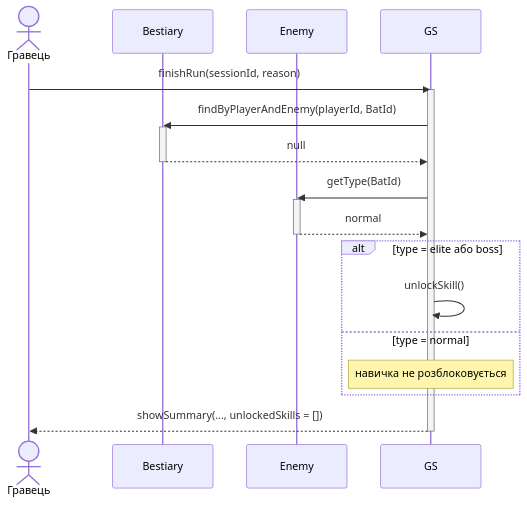
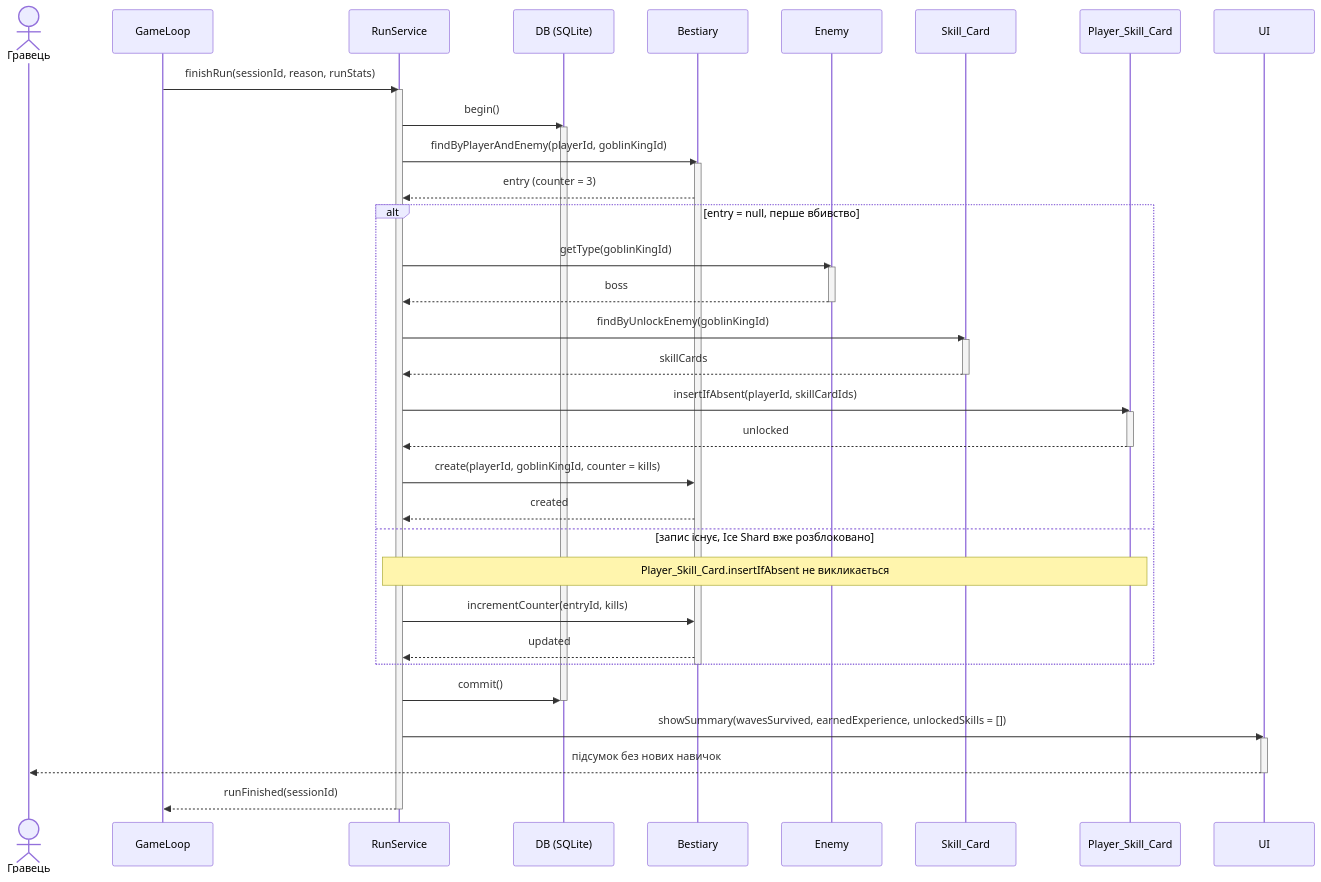
One commit to Sk1y-1/KPI-2 changed the diagram in Lab3/SC/SC-5 repeat boss.md. Above: the diagram before and after it, drawn with Mermaid.

Commit message:
Refactor mermaid diagram for game run logic

````diff
--- a/Lab3/SC/SC-5 repeat boss.md
+++ b/Lab3/SC/SC-5 repeat boss.md
@@ -1,23 +1,48 @@
-``` mermaid 
+```mermaid
 sequenceDiagram
-actor P as Гравець
-participant B as Bestiary
-participant E as Enemy 
- P->>GS: finishRun(sessionId, reason)
-activate GS
-GS->>B: findByPlayerAndEnemy(playerId, BatId)
-activate B
-B-->>GS: null
-deactivate B
-GS->>E: getType(BatId)
- activate E
-    E-->>GS: normal
-    deactivate E
-    alt type = elite або boss
-        GS->>GS: unlockSkill()
-    else type = normal
-        Note over GS: навичка не розблоковується
+    actor P as Гравець
+    participant GL as GameLoop
+    participant RS as RunService
+    participant DB as DB (SQLite)
+    participant B as Bestiary
+    participant E as Enemy
+    participant SC as Skill_Card
+    participant PSC as Player_Skill_Card
+    participant UI as UI
+    GL->>RS: finishRun(sessionId, reason, runStats)
+    activate RS
+    RS->>DB: begin()
+    activate DB
+    RS->>B: findByPlayerAndEnemy(playerId, goblinKingId)
+    activate B
+    B-->>RS: entry (counter = 3)
+    alt entry = null, перше вбивство
+        RS->>E: getType(goblinKingId)
+        activate E
+        E-->>RS: boss
+        deactivate E
+        RS->>SC: findByUnlockEnemy(goblinKingId)
+        activate SC
+        SC-->>RS: skillCards
+        deactivate SC
+        RS->>PSC: insertIfAbsent(playerId, skillCardIds)
+        activate PSC
+        PSC-->>RS: unlocked
+        deactivate PSC
+        RS->>B: create(playerId, goblinKingId, counter = kills)
+        B-->>RS: created
+    else запис існує, Ice Shard вже розблоковано
+        Note over RS,PSC: Player_Skill_Card.insertIfAbsent не викликається
+        RS->>B: incrementCounter(entryId, kills)
+        B-->>RS: updated
     end
-    GS-->>P: showSummary(..., unlockedSkills = [])
-    deactivate GS
+    deactivate B
+    RS->>DB: commit()
+    deactivate DB
+    RS->>UI: showSummary(wavesSurvived, earnedExperience, unlockedSkills = [])
+    activate UI
+    UI-->>P: підсумок без нових навичок
+    deactivate UI
+    RS-->>GL: runFinished(sessionId)
+    deactivate RS
 ```
````
